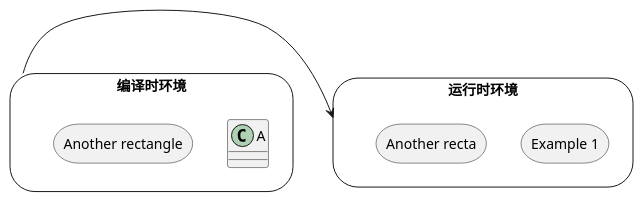
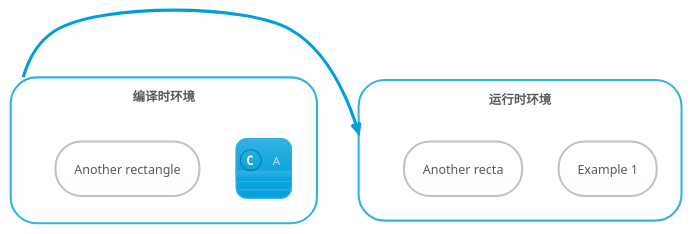
Before and after one commit to lanren365/notes: the second of 2 diagrams in Linux/生成图.md, drawn with PlantUML. The commit also changed other lines of this file and 80 other files, not shown here.

````diff
--- a/Linux/生成图.md
+++ b/Linux/生成图.md
@@ -22,15 +23,16 @@
 ```puml
+!theme bluegray
 allow_mixing
 skinparam rectangle {
 	roundCorner 50
 }
 rectangle "编译时环境" as a {
     class A
 	rectangle "Another rectangle"
 }
 rectangle "运行时环境" as b {
 	rectangle "Example 1" as ex34
 	rectangle "Another recta"
 }
 a -RIGHT-> b
 ```
````
